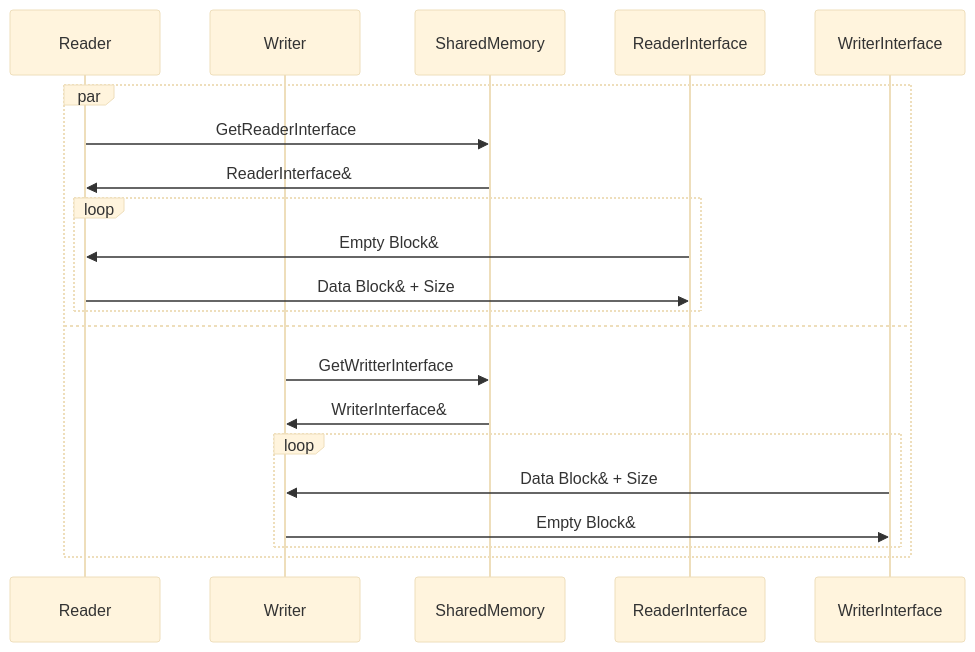
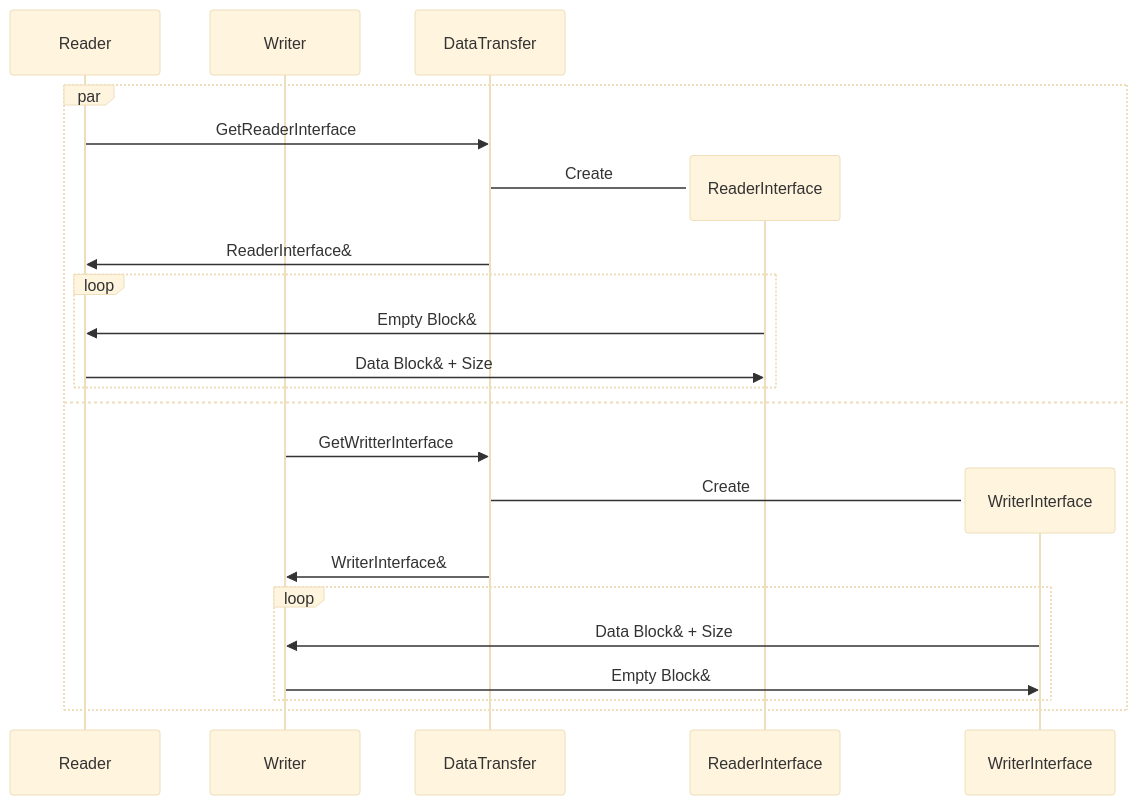
One commit to tintera/MultiCopy changed the fourth of 4 diagrams in README.md. Above: the diagram before and after it, drawn with Mermaid (base theme). The commit also changed other lines of this file and 6 other files, not shown here.

````diff
--- a/README.md
+++ b/README.md
@@ -51,23 +76,26 @@
 ```mermaid
 sequenceDiagram
     participant Reader 
     participant Writer
-    participant Mem as SharedMemory
-    participant RdMem as ReaderInterface
-    participant WtMem as WriterInterface    
+    participant Mem as DataTransfer
+
     par
         Reader ->> Mem: GetReaderInterface
+        create participant RdMem as ReaderInterface
+        Mem -> RdMem : Create
         Mem ->> Reader: ReaderInterface&
         loop
             RdMem ->> Reader: Empty Block&
             Reader ->> RdMem: Data Block& + Size
         end
     and
         Writer ->> Mem: GetWritterInterface
+        create participant WtMem as WriterInterface
+        Mem -> WtMem : Create
         Mem ->> Writer: WriterInterface&
         loop
             WtMem ->> Writer: Data Block& + Size
             Writer ->> WtMem: Empty Block&
         end
     end
 ```
````
